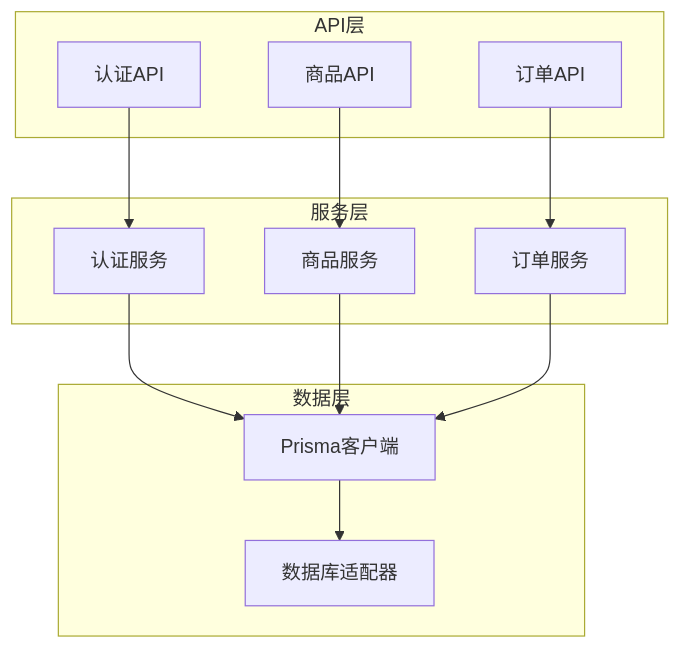
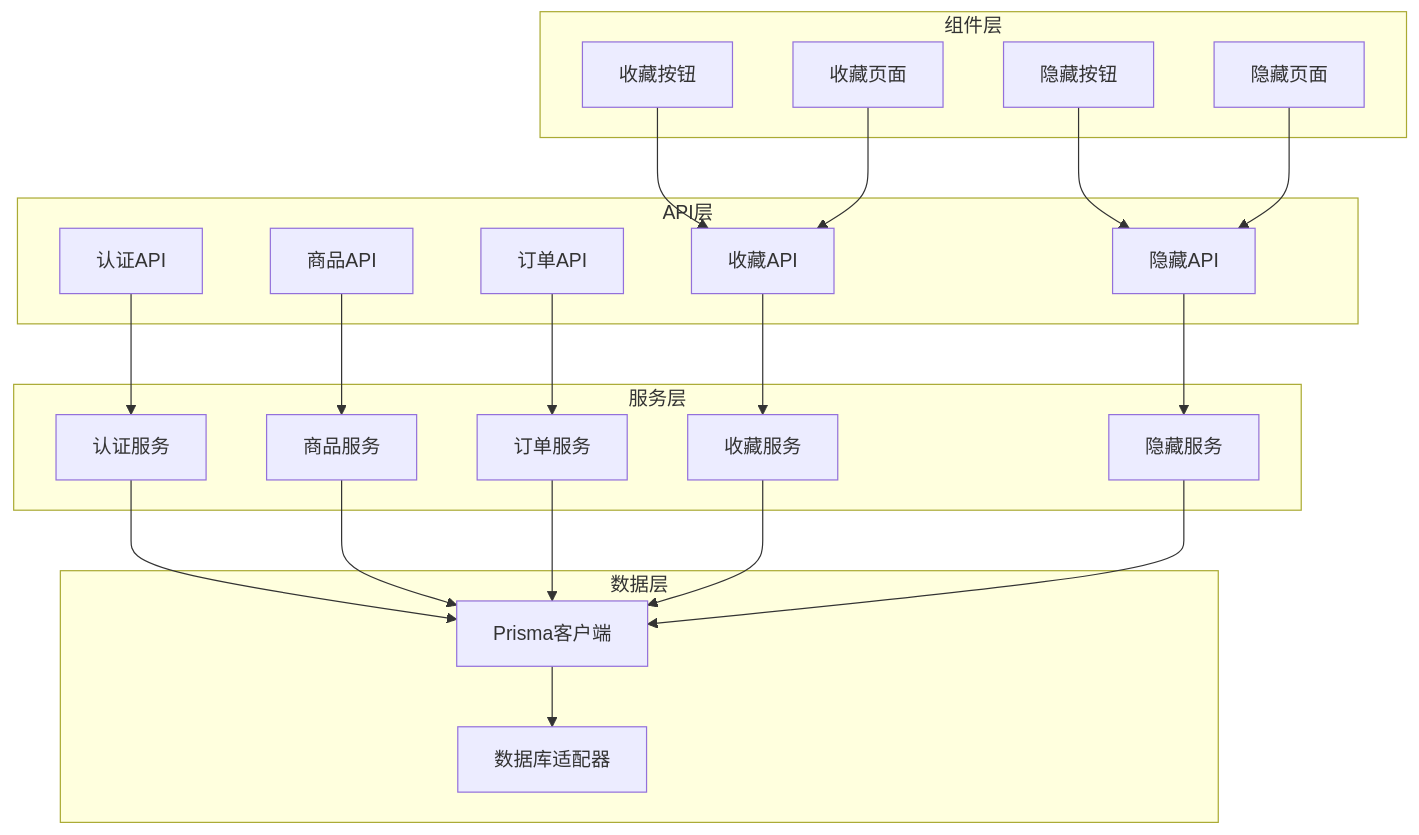
Before and after one commit to three3638-arch/celestia_2b: the tenth of 11 diagrams in .qoder/repowiki/zh/content/架构设计/数据架构设计.md, drawn with Mermaid. The commit also changed other lines of this file and 17 other files, not shown here.

````diff
--- a/.qoder/repowiki/zh/content/架构设计/数据架构设计.md
+++ b/.qoder/repowiki/zh/content/架构设计/数据架构设计.md
@@ -489,24 +592,42 @@
 ```mermaid
 graph TB
 subgraph "API层"
 AuthAPI[认证API]
 ProductAPI[商品API]
 OrderAPI[订单API]
+FavoriteAPI[收藏API]
+HiddenAPI[隐藏API]
+end
+subgraph "组件层"
+FavoriteButton[收藏按钮]
+HiddenButton[隐藏按钮]
+FavoritesPage[收藏页面]
+HiddenPage[隐藏页面]
 end
 subgraph "服务层"
 AuthService[认证服务]
 ProductService[商品服务]
 OrderService[订单服务]
+FavoriteService[收藏服务]
+HiddenService[隐藏服务]
 end
 subgraph "数据层"
 PrismaClient[Prisma客户端]
 DBAdapter[数据库适配器]
 end
 AuthAPI --> AuthService
 ProductAPI --> ProductService
 OrderAPI --> OrderService
+FavoriteAPI --> FavoriteService
+HiddenAPI --> HiddenService
+FavoriteButton --> FavoriteAPI
+HiddenButton --> HiddenAPI
+FavoritesPage --> FavoriteAPI
+HiddenPage --> HiddenAPI
 AuthService --> PrismaClient
 ProductService --> PrismaClient
 OrderService --> PrismaClient
+FavoriteService --> PrismaClient
+HiddenService --> PrismaClient
 PrismaClient --> DBAdapter
 ```
````
